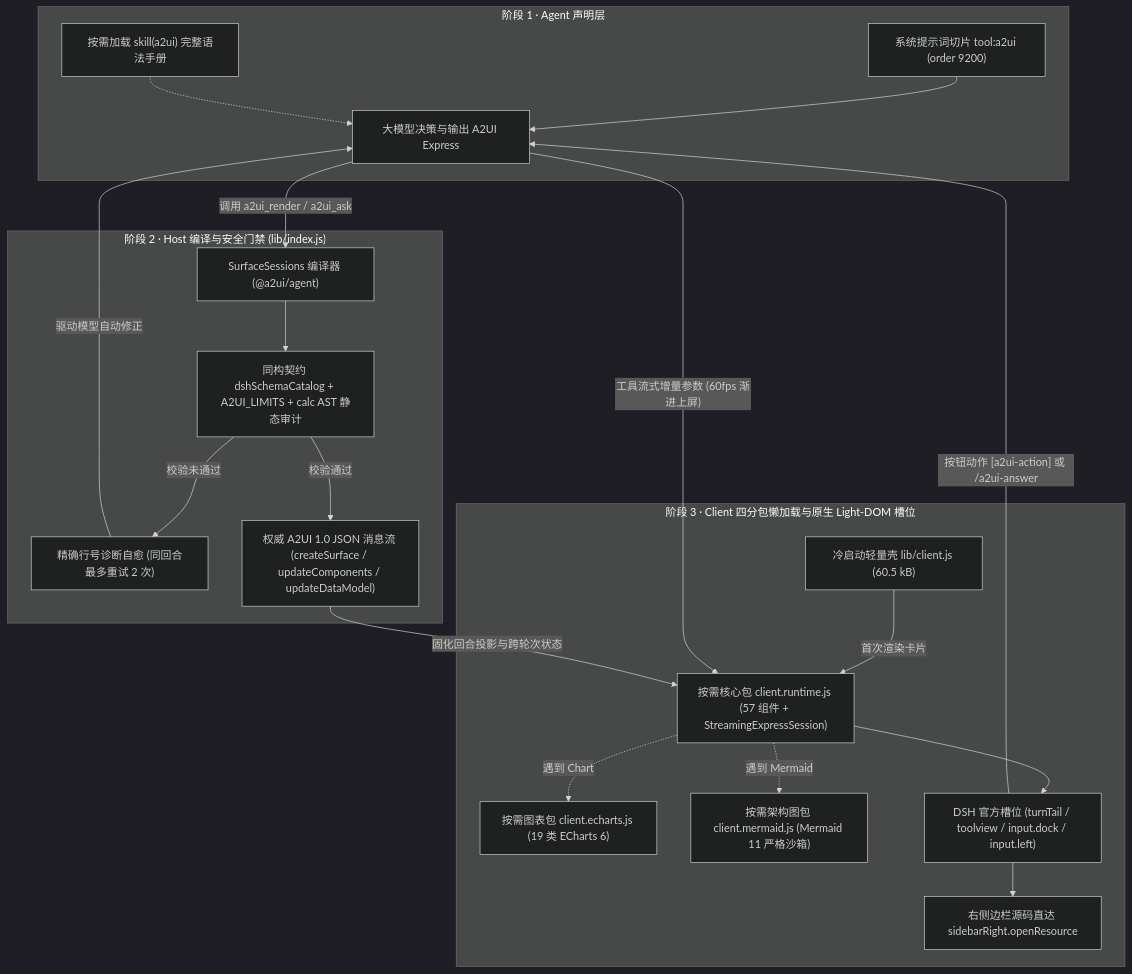
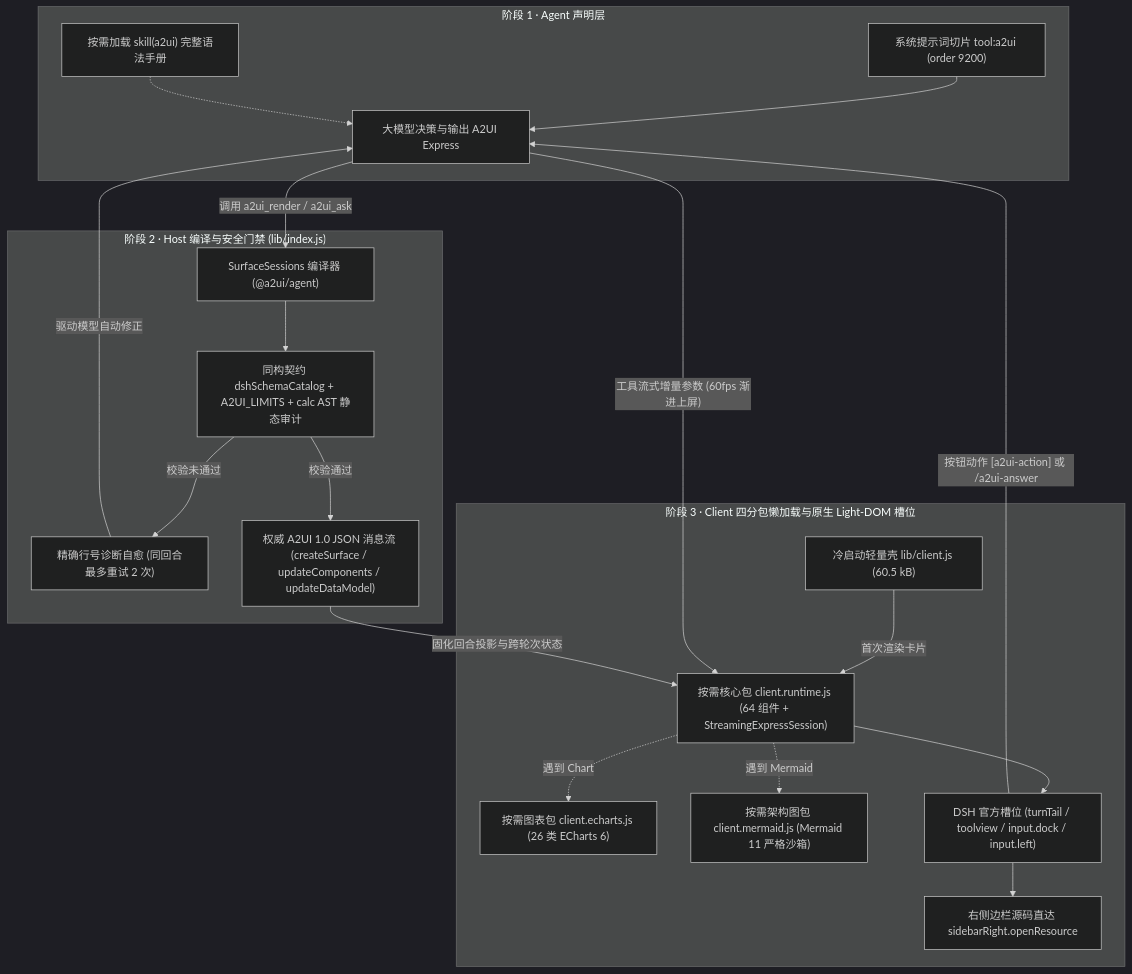
Before and after one commit to Geekhyt/dsh-genui-a2ui: the diagram in docs/DEVELOPMENT.zh-CN.md, drawn with Mermaid (dark theme). The commit also changed other lines of this file and 59 other files, not shown here.

Commit message:
feat(v0.5.0): add 7 ECharts 6 kinds, 5 chart features, 7 interactive widgets, ProTable/Tree/DiffView upgrades, conditional aggregates & security hardening

````diff
--- a/docs/DEVELOPMENT.zh-CN.md
+++ b/docs/DEVELOPMENT.zh-CN.md
@@ -17,40 +17,40 @@
 ```mermaid
 flowchart TB
   subgraph S1["阶段 1 · Agent 声明层"]
     P["系统提示词切片 tool:a2ui (order 9200)"]
     SK["按需加载 skill(a2ui) 完整语法手册"]
     LLM["大模型决策与输出 A2UI Express"]
     P --> LLM
     SK -.-> LLM
   end
 
   subgraph S2["阶段 2 · Host 编译与安全门禁 (lib/index.js)"]
     COMP["SurfaceSessions 编译器 (@a2ui/agent)"]
     ZOD["同构契约 dshSchemaCatalog + A2UI_LIMITS + calc AST 静态审计"]
     REPAIR["精确行号诊断自愈 (同回合最多重试 2 次)"]
     WIRE["权威 A2UI 1.0 JSON 消息流 (createSurface / updateComponents / updateDataModel)"]
     COMP --> ZOD
     ZOD -->|"校验未通过"| REPAIR
     REPAIR -->|"驱动模型自动修正"| LLM
     ZOD -->|"校验通过"| WIRE
   end
 
   subgraph S3["阶段 3 · Client 四分包懒加载与原生 Light-DOM 槽位"]
     SHELL["冷启动轻量壳 lib/client.js (60.5 kB)"]
-    RT["按需核心包 client.runtime.js (57 组件 + StreamingExpressSession)"]
-    EC["按需图表包 client.echarts.js (19 类 ECharts 6)"]
+    RT["按需核心包 client.runtime.js (64 组件 + StreamingExpressSession)"]
+    EC["按需图表包 client.echarts.js (26 类 ECharts 6)"]
     MM["按需架构图包 client.mermaid.js (Mermaid 11 严格沙箱)"]
     SLOTS["DSH 官方槽位 (turnTail / toolview / input.dock / input.left)"]
     SIDE["右侧边栏源码直达 sidebarRight.openResource"]
     SHELL -->|"首次渲染卡片"| RT
     RT -.->|"遇到 Chart"| EC
     RT -.->|"遇到 Mermaid"| MM
     RT --> SLOTS
     SLOTS --> SIDE
   end
 
   LLM -->|"工具流式增量参数 (60fps 渐进上屏)"| RT
   LLM -->|"调用 a2ui_render / a2ui_ask"| COMP
   WIRE -->|"固化回合投影与跨轮次状态"| RT
   SLOTS -->|"按钮动作 [a2ui-action] 或 /a2ui-answer"| LLM
 ```
````
